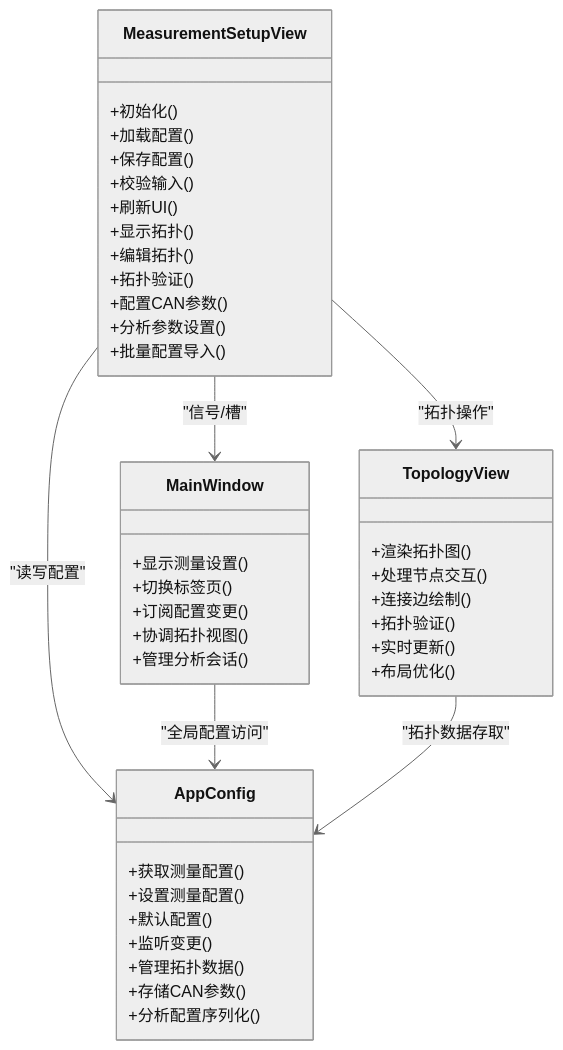
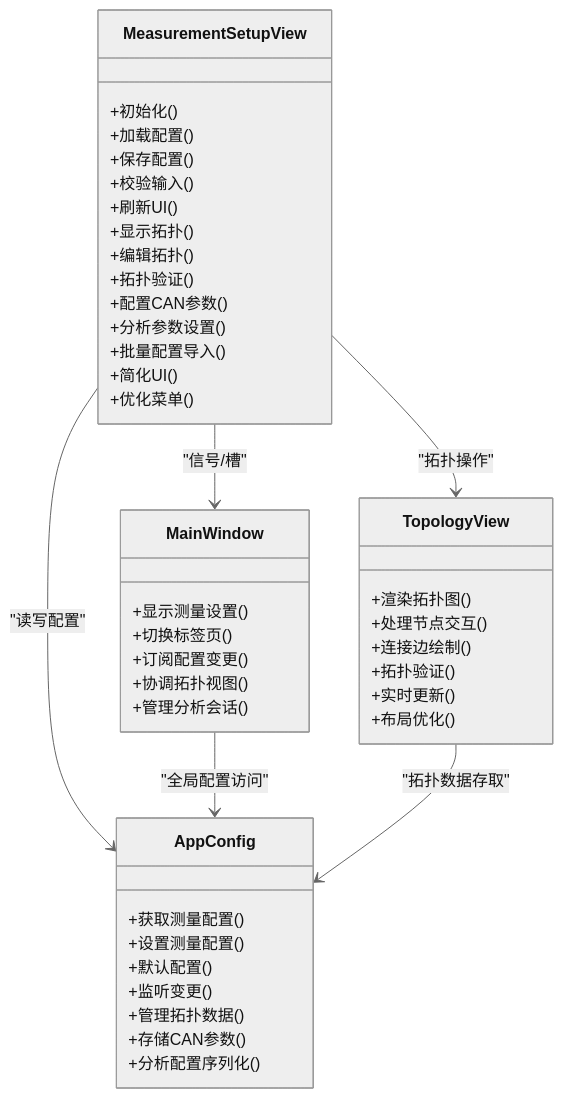
The second of 6 diagrams in .qoder/repowiki/zh/content/架构设计/UI系统设计/测量设置视图组件.md (jakecai1225-design/OpenBus), drawn with Mermaid (neutral theme) before and after one commit. The commit also changed other lines of this file and 25 other files, not shown here.

````diff
--- a/.qoder/repowiki/zh/content/架构设计/UI系统设计/测量设置视图组件.md
+++ b/.qoder/repowiki/zh/content/架构设计/UI系统设计/测量设置视图组件.md
@@ -94,45 +95,47 @@
 ```mermaid
 classDiagram
 class MeasurementSetupView {
 +初始化()
 +加载配置()
 +保存配置()
 +校验输入()
 +刷新UI()
 +显示拓扑()
 +编辑拓扑()
 +拓扑验证()
 +配置CAN参数()
 +分析参数设置()
 +批量配置导入()
++简化UI()
++优化菜单()
 }
 class MainWindow {
 +显示测量设置()
 +切换标签页()
 +订阅配置变更()
 +协调拓扑视图()
 +管理分析会话()
 }
 class AppConfig {
 +获取测量配置()
 +设置测量配置()
 +默认配置()
 +监听变更()
 +管理拓扑数据()
 +存储CAN参数()
 +分析配置序列化()
 }
 class TopologyView {
 +渲染拓扑图()
 +处理节点交互()
 +连接边绘制()
 +拓扑验证()
 +实时更新()
 +布局优化()
 }
 MeasurementSetupView --> MainWindow : "信号/槽"
 MeasurementSetupView --> AppConfig : "读写配置"
 MeasurementSetupView --> TopologyView : "拓扑操作"
 MainWindow --> AppConfig : "全局配置访问"
 TopologyView --> AppConfig : "拓扑数据存取"
 ```
````
